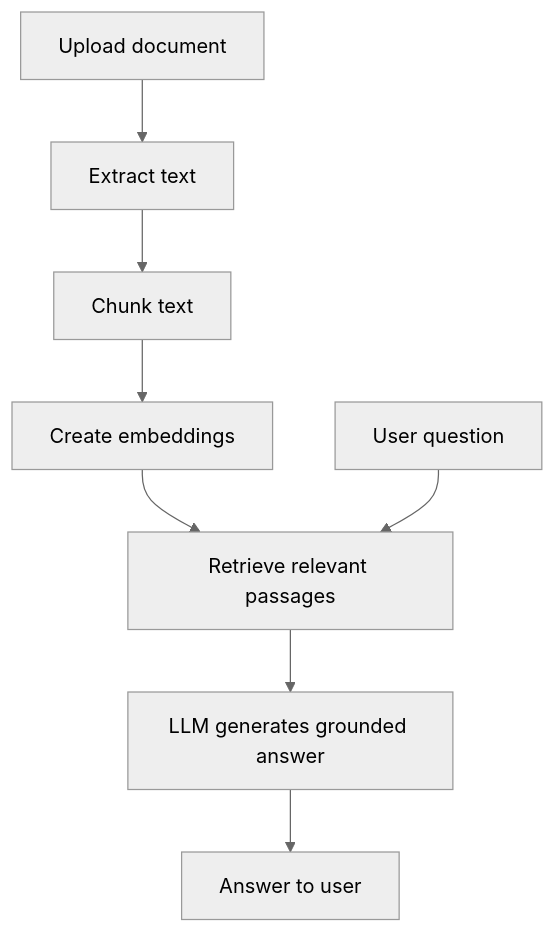
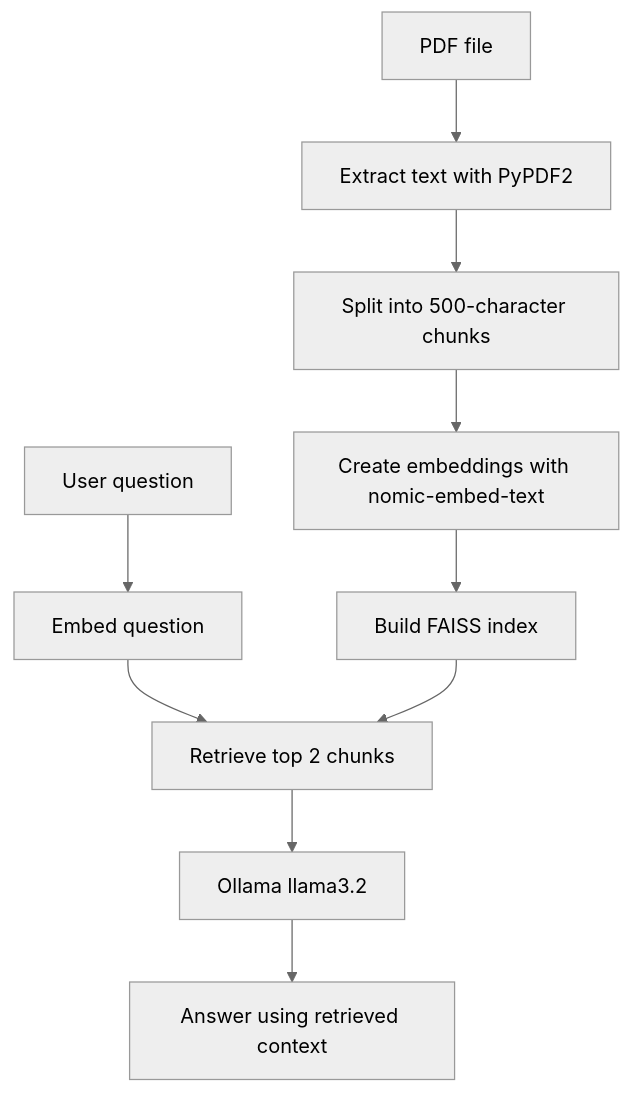
The diagram in README.md (rasswanthsura-cpu/ask-my-doc), drawn with Mermaid (neutral theme) before and after one commit. The commit also changed other lines of this file, not shown here.

Commit message:
Document actual local RAG pipeline with animated README

````diff
--- a/README.md
+++ b/README.md
@@ -17,10 +25,12 @@
 ```mermaid
 flowchart TD
-    A[Upload document] --> B[Extract text]
-    B --> C[Chunk text]
-    C --> D[Create embeddings]
-    D --> E[Retrieve relevant passages]
-    F[User question] --> E
-    E --> G[LLM generates grounded answer]
-    G --> H[Answer to user]
+    A[PDF file] --> B[Extract text with PyPDF2]
+    B --> C[Split into 500-character chunks]
+    C --> D[Create embeddings with nomic-embed-text]
+    D --> E[Build FAISS index]
+    F[User question] --> G[Embed question]
+    G --> H[Retrieve top 2 chunks]
+    E --> H
+    H --> I[Ollama llama3.2]
+    I --> J[Answer using retrieved context]
 ```
````
